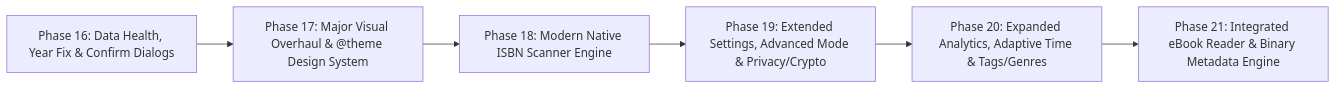
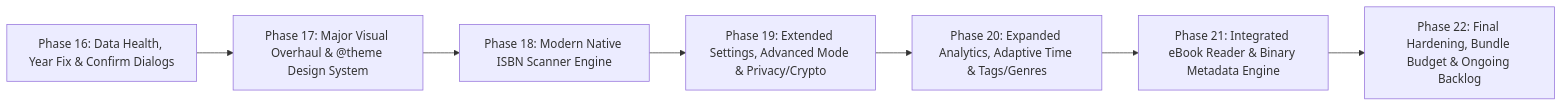
Before and after one commit to aitorgallegocr21/bookstack: the diagram in docs/ROADMAP.md, drawn with Mermaid. The commit also changed other lines of this file and 1 other file, not shown here.

Commit message:
docs(roadmap): add Phase 22 final hardening and ongoing backlog

````diff
--- a/docs/ROADMAP.md
+++ b/docs/ROADMAP.md
@@ -11,8 +11,9 @@
 ```mermaid
 flowchart LR
   P16["Phase 16: Data Health, Year Fix & Confirm Dialogs"] --> P17["Phase 17: Major Visual Overhaul & @theme Design System"]
   P17 --> P18["Phase 18: Modern Native ISBN Scanner Engine"]
   P18 --> P19["Phase 19: Extended Settings, Advanced Mode & Privacy/Crypto"]
   P19 --> P20["Phase 20: Expanded Analytics, Adaptive Time & Tags/Genres"]
   P20 --> P21["Phase 21: Integrated eBook Reader & Binary Metadata Engine"]
+  P21 --> P22["Phase 22: Final Hardening, Bundle Budget & Ongoing Backlog"]
 ```
````
